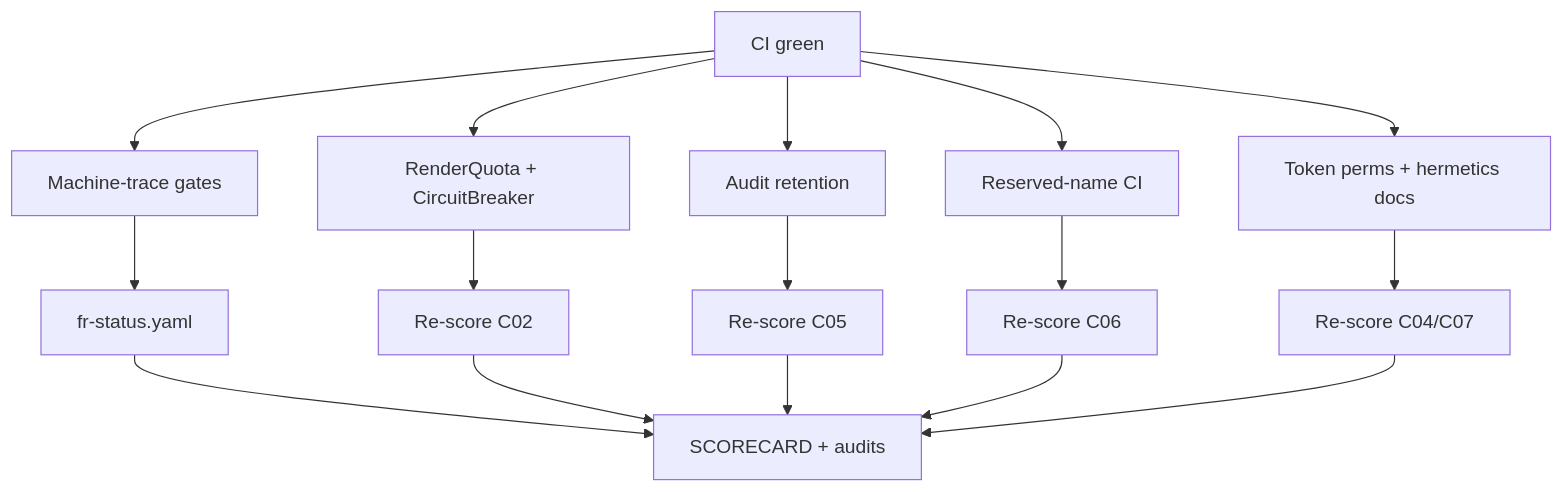
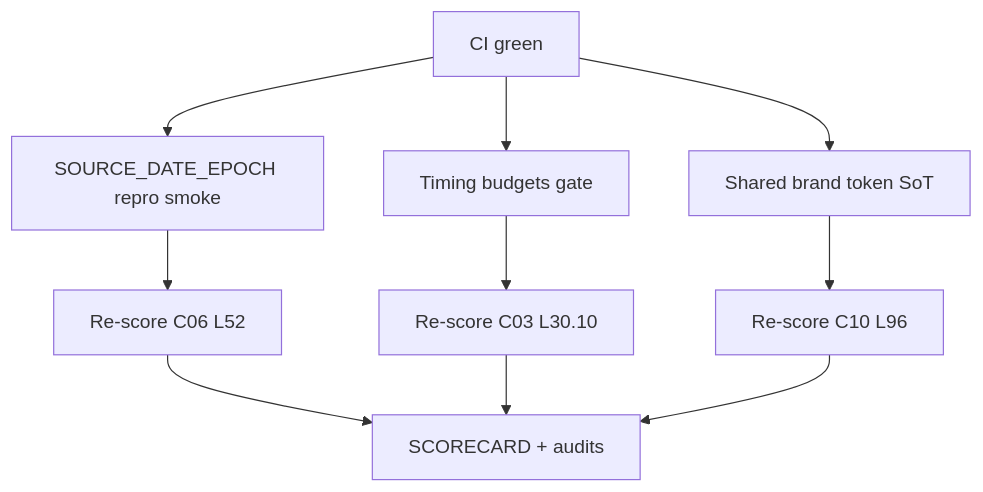
The diagram in docs/WORK_DAG.md (KooshaPari/Melosviz), drawn with Mermaid before and after one commit. The commit also changed other lines of this file and 25 other files, not shown here.

First line of the commit message:
feat: SOURCE_DATE_EPOCH repro, timing budgets, shared brand tokens

````diff
--- a/docs/WORK_DAG.md
+++ b/docs/WORK_DAG.md
@@ -5,18 +5,12 @@
 ```mermaid
 flowchart TD
-  A[CI green] --> B[Machine-trace gates]
-  A --> C[RenderQuota + CircuitBreaker]
-  A --> D[Audit retention]
-  A --> E[Reserved-name CI]
-  A --> F[Token perms + hermetics docs]
-  B --> G[fr-status.yaml]
-  C --> H[Re-score C02]
-  D --> I[Re-score C05]
-  E --> J[Re-score C06]
-  F --> K[Re-score C04/C07]
-  G --> L[SCORECARD + audits]
-  H --> L
-  I --> L
-  J --> L
-  K --> L
+  A[CI green] --> B[SOURCE_DATE_EPOCH repro smoke]
+  A --> C[Timing budgets gate]
+  A --> D[Shared brand token SoT]
+  B --> E[Re-score C06 L52]
+  C --> F[Re-score C03 L30.10]
+  D --> G[Re-score C10 L96]
+  E --> H[SCORECARD + audits]
+  F --> H
+  G --> H
 ```
````
